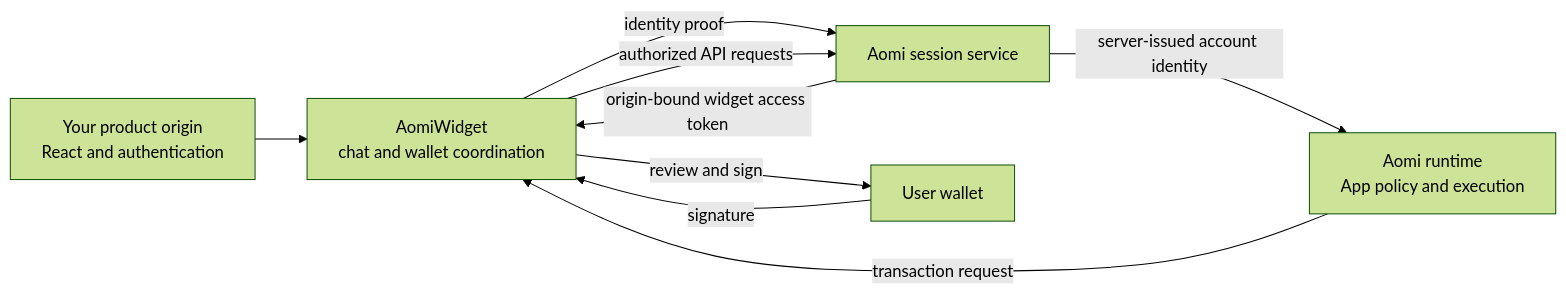
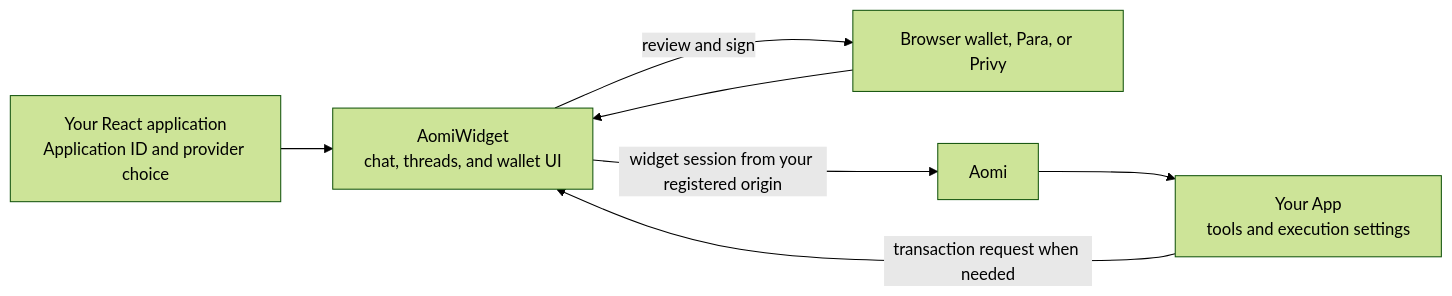
The diagram in guides/widget/quickstart.mdx (aomi-labs/docs), drawn with Mermaid (forest theme) before and after one commit. The commit also changed other lines of this file, not shown here.

Commit message:
Document the widget integration pattern (#44)

````diff
--- a/guides/widget/quickstart.mdx
+++ b/guides/widget/quickstart.mdx
@@ -31,11 +27,9 @@
 ```mermaid
 flowchart LR
-    H["Your product origin<br/>React and authentication"] --> W["AomiWidget<br/>chat and wallet coordination"]
-    W -->|"identity proof"| S["Aomi session service"]
-    S -->|"origin-bound widget access token"| W
-    W -->|"authorized API requests"| S
-    S -->|"server-issued account identity"| R["Aomi runtime<br/>App policy and execution"]
-    R -->|"transaction request"| W
-    W -->|"review and sign"| K["User wallet"]
-    K -->|"signature"| W
+    H["Your React application<br/>Application ID and provider choice"] --> W["AomiWidget<br/>chat, threads, and wallet UI"]
+    P["Browser wallet, Para, or Privy"] --> W
+    W -->|"widget session from your registered origin"| A["Aomi"]
+    A --> R["Your App<br/>tools and execution settings"]
+    R -->|"transaction request when needed"| W
+    W -->|"review and sign"| P
 ```
````
